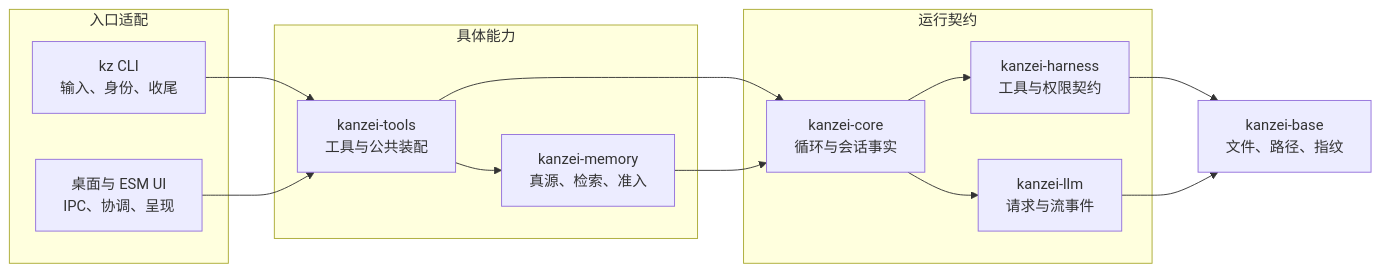
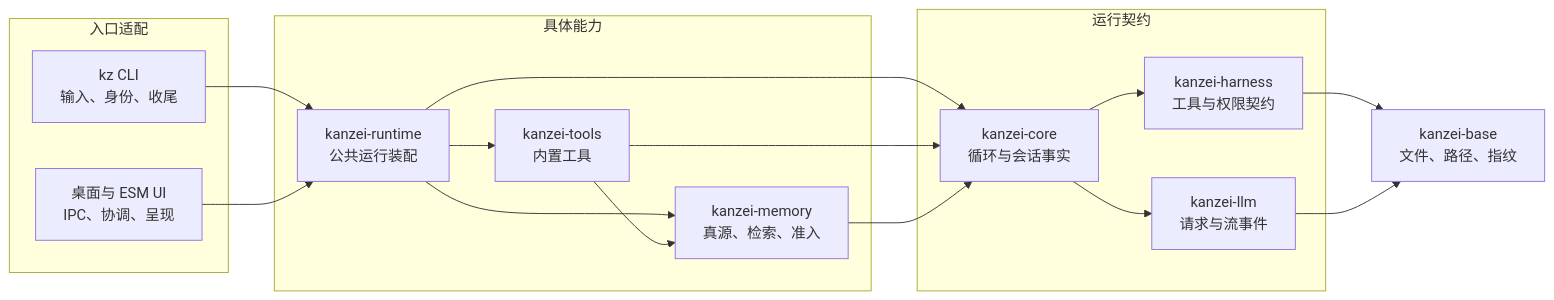
One commit to kanze1/kanzei-code changed the diagram in docs/architecture/00_system_boundaries.md. Above: the diagram before and after it, drawn with Mermaid. The commit also changed other lines of this file and 13 other files, not shown here.

````diff
--- a/docs/architecture/00_system_boundaries.md
+++ b/docs/architecture/00_system_boundaries.md
@@ -5,34 +5,39 @@
 ```mermaid
 flowchart LR
   subgraph entry_group["入口适配"]
     cli_entry["kz CLI<br/>输入、身份、收尾"]:::entry
     app_entry["桌面与 ESM UI<br/>IPC、协调、呈现"]:::entry
   end
   subgraph capability_group["具体能力"]
-    shared_tools["kanzei-tools<br/>工具与公共装配"]:::focus
+    shared_tools["kanzei-tools<br/>内置工具"]
+    shared_runtime["kanzei-runtime<br/>公共运行装配"]:::focus
     project_memory["kanzei-memory<br/>真源、检索、准入"]
   end
   subgraph runtime_group["运行契约"]
     execution_core["kanzei-core<br/>循环与会话事实"]
     capability_harness["kanzei-harness<br/>工具与权限契约"]
     wire_llm["kanzei-llm<br/>请求与流事件"]
   end
   foundation["kanzei-base<br/>文件、路径、指纹"]
-  cli_entry --> shared_tools
-  app_entry --> shared_tools
+  cli_entry --> shared_runtime
+  app_entry --> shared_runtime
+  shared_runtime --> shared_tools
+  shared_runtime --> execution_core
+  shared_runtime --> project_memory
   shared_tools --> execution_core
   shared_tools --> project_memory
   project_memory --> execution_core
   execution_core --> capability_harness
   execution_core --> wire_llm
   capability_harness --> foundation
   wire_llm --> foundation
   click cli_entry "crates/kanzei/src/cli/run.rs" "CLI 适配共享运行能力"
   click app_entry "crates/kanzei-app/src/run/assembly.rs" "桌面适配共享运行能力"
-  click shared_tools "crates/kanzei-tools/src/run.rs" "build_harness 与 build_runner_config"
+  click shared_runtime "crates/kanzei-runtime/src/lib.rs" "build_harness 与 build_runner_config"
+  click shared_tools "crates/kanzei-tools/src/lib.rs" "内置工具与 profile"
   click project_memory "crates/kanzei-memory/src/memory/mod.rs" "Markdown 真源、准入与检索"
   click execution_core "crates/kanzei-core/src/runner/drive.rs" "run_once_with_parts"
   click capability_harness "crates/kanzei-harness/src/harness.rs" "HarnessDraft 与 HarnessSnapshot"
   click wire_llm "crates/kanzei-llm/src/lib.rs" "多协议归一为 LlmEvent"
   click foundation "crates/kanzei-base/src/lib.rs" "共享基础原语"
 ```
````
